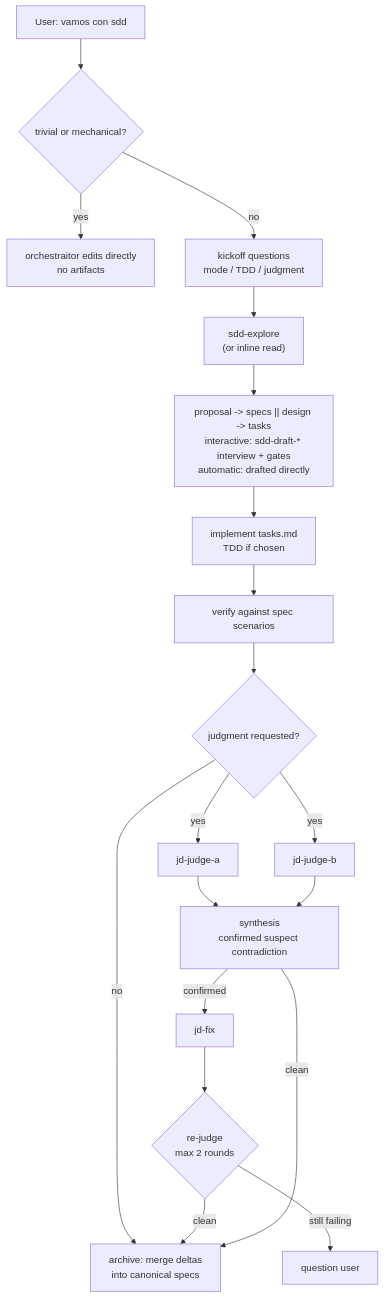
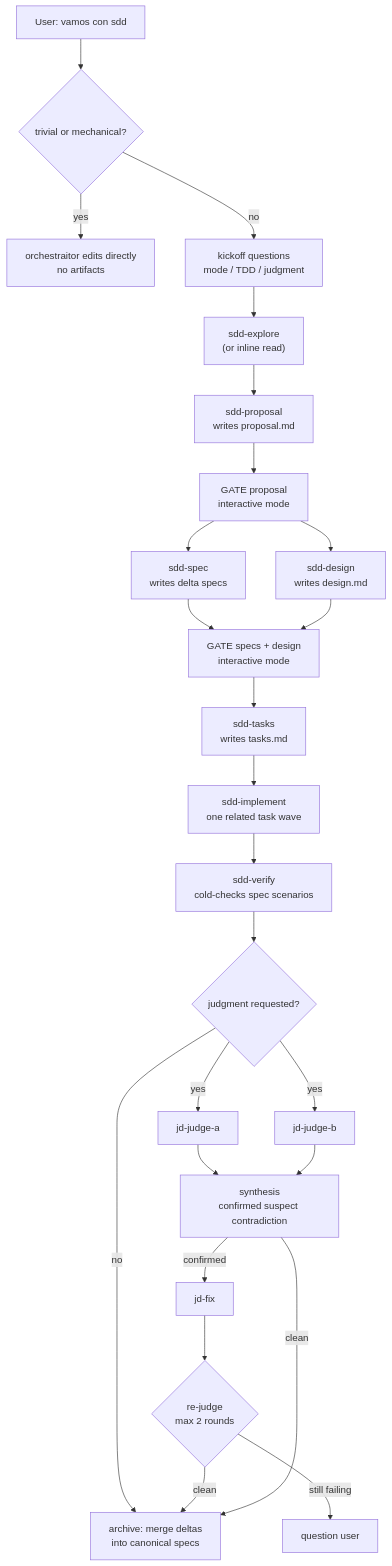
One commit to andresnator/agents-orchestrator changed the second of 6 diagrams in docs/harness-flow-map.md. Above: the diagram before and after it, drawn with Mermaid. The commit also changed other lines of this file and 31 other files, not shown here.

````diff
--- a/docs/harness-flow-map.md
+++ b/docs/harness-flow-map.md
@@ -103,22 +109,28 @@
 ```mermaid
 flowchart TD
   Request["User: vamos con sdd"] --> Trivial{"trivial or mechanical?"}
   Trivial -->|yes| Direct["orchestraitor edits directly<br/>no artifacts"]
   Trivial -->|no| Kickoff["kickoff questions<br/>mode / TDD / judgment"]
 
   Kickoff --> Explore["sdd-explore<br/>(or inline read)"]
-  Explore --> Draft["proposal -> specs || design -> tasks<br/>interactive: sdd-draft-* interview + gates<br/>automatic: drafted directly"]
-  Draft --> Implement["implement tasks.md<br/>TDD if chosen"]
-  Implement --> Verify["verify against spec scenarios"]
+  Explore --> Proposal["sdd-proposal<br/>writes proposal.md"]
+  Proposal --> ProposalGate["GATE proposal<br/>interactive mode"]
+  ProposalGate --> Spec["sdd-spec<br/>writes delta specs"]
+  ProposalGate --> Design["sdd-design<br/>writes design.md"]
+  Spec --> PlanGate["GATE specs + design<br/>interactive mode"]
+  Design --> PlanGate
+  PlanGate --> Tasks["sdd-tasks<br/>writes tasks.md"]
+  Tasks --> Implement["sdd-implement<br/>one related task wave"]
+  Implement --> Verify["sdd-verify<br/>cold-checks spec scenarios"]
   Verify --> JudgmentRoute{"judgment requested?"}
   JudgmentRoute -->|no| Archive["archive: merge deltas<br/>into canonical specs"]
   JudgmentRoute -->|yes| JDA2["jd-judge-a"]
   JudgmentRoute -->|yes| JDB2["jd-judge-b"]
   JDA2 --> Synth["synthesis<br/>confirmed suspect contradiction"]
   JDB2 --> Synth
   Synth -->|confirmed| Fix["jd-fix"]
   Fix --> Rejudge{"re-judge<br/>max 2 rounds"}
   Rejudge -->|still failing| Escalate["question user"]
   Rejudge -->|clean| Archive
   Synth -->|clean| Archive
 ```
````
